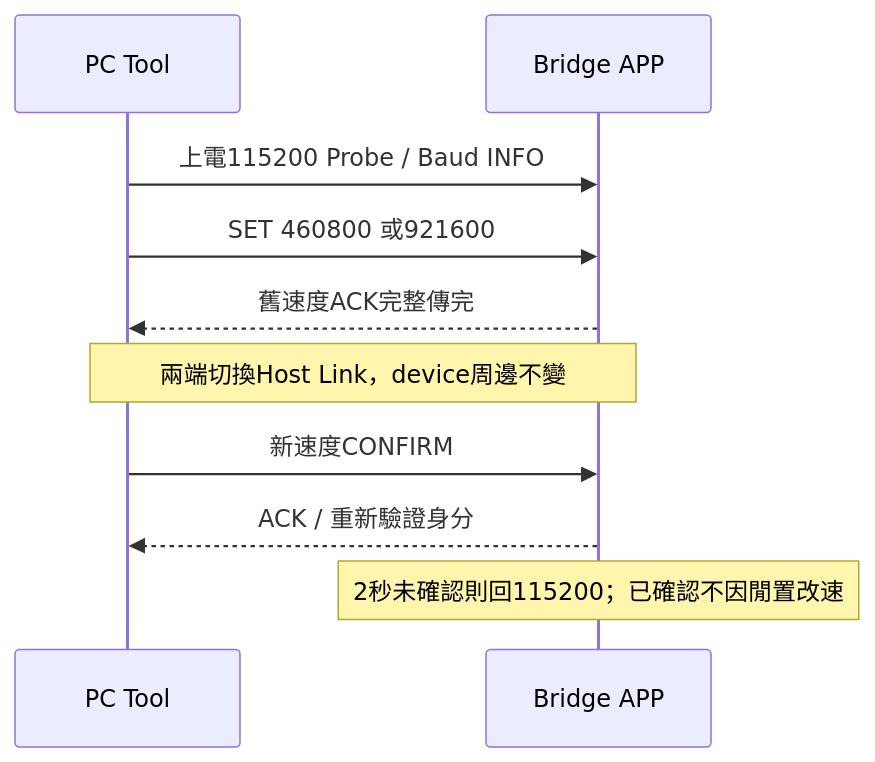
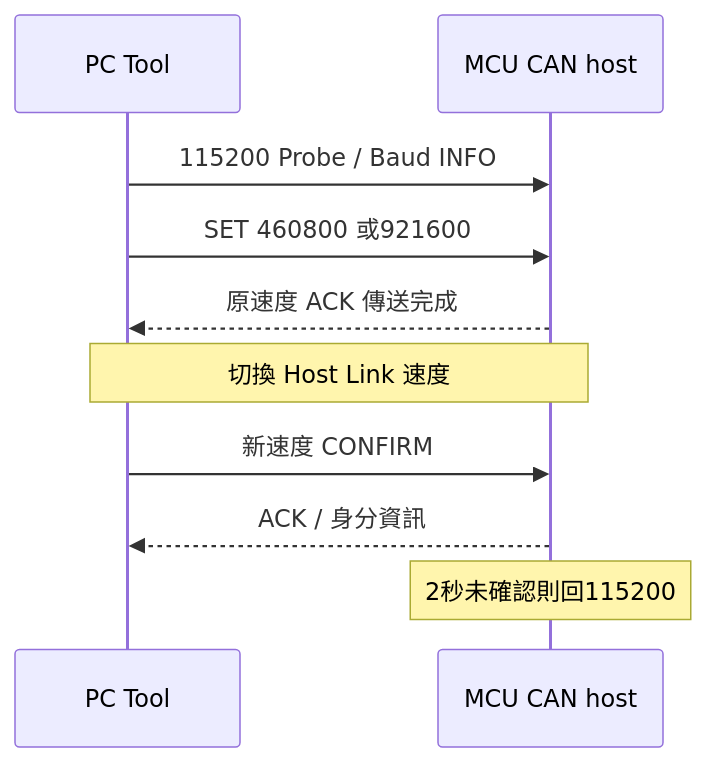
Diagram 13 of 14 in index.md (released/slide_isp_tool_for_RL78), drawn with Mermaid before and after one commit. The commit also changed other lines of this file and 2 other files, not shown here.

````diff
--- a/index.md
+++ b/index.md
@@ -1524,12 +679,12 @@
 ```mermaid
 sequenceDiagram
     participant P as PC Tool
-    participant H as Bridge APP
-    P->>H: 上電115200 Probe / Baud INFO
+    participant H as MCU CAN host
+    P->>H: 115200 Probe / Baud INFO
     P->>H: SET 460800 或921600
-    H-->>P: 舊速度ACK完整傳完
-    Note over P,H: 兩端切換Host Link，device周邊不變
-    P->>H: 新速度CONFIRM
-    H-->>P: ACK / 重新驗證身分
-    Note over H: 2秒未確認則回115200；已確認不因閒置改速
+    H-->>P: 原速度 ACK 傳送完成
+    Note over P,H: 切換 Host Link 速度
+    P->>H: 新速度 CONFIRM
+    H-->>P: ACK / 身分資訊
+    Note over H: 2秒未確認則回115200
 ```
````
